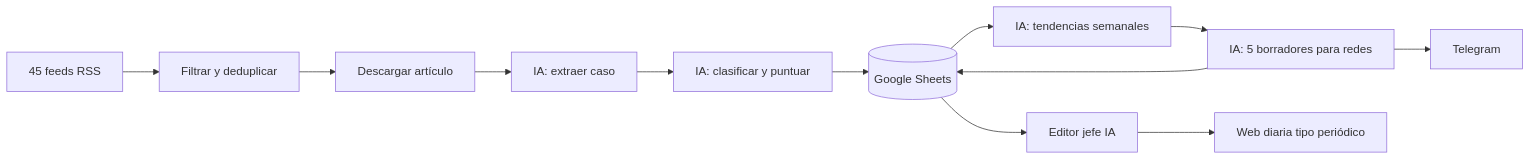
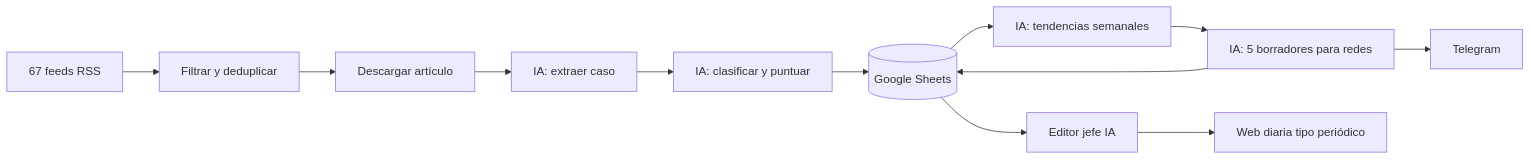
Before and after one commit to jaimegp03/vigilancia-innovacion-ia: the diagram in README.md, drawn with Mermaid. The commit also changed other lines of this file and 38 other files, not shown here.

````diff
--- a/README.md
+++ b/README.md
@@ -16,14 +16,14 @@
 ```mermaid
 flowchart LR
-    A[45 feeds RSS] --> B[Filtrar y deduplicar]
+    A[67 feeds RSS] --> B[Filtrar y deduplicar]
     B --> C[Descargar artículo]
     C --> D[IA: extraer caso]
     D --> E[IA: clasificar y puntuar]
     E --> F[(Google Sheets)]
     F --> G[IA: tendencias semanales]
     G --> H[IA: 5 borradores para redes]
     H --> I[Telegram]
     H --> F
     F --> W[Editor jefe IA]
     W --> X[Web diaria tipo periódico]
 ```
````
